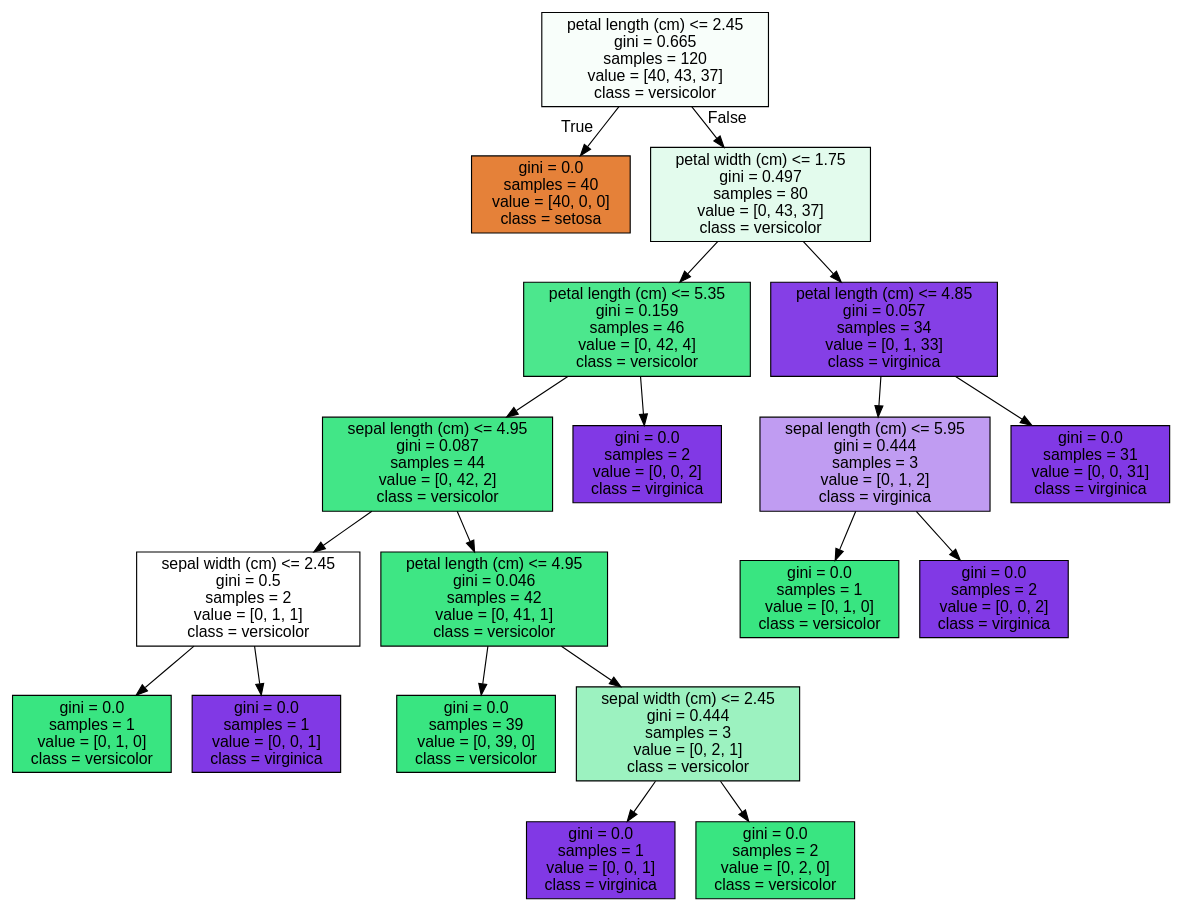
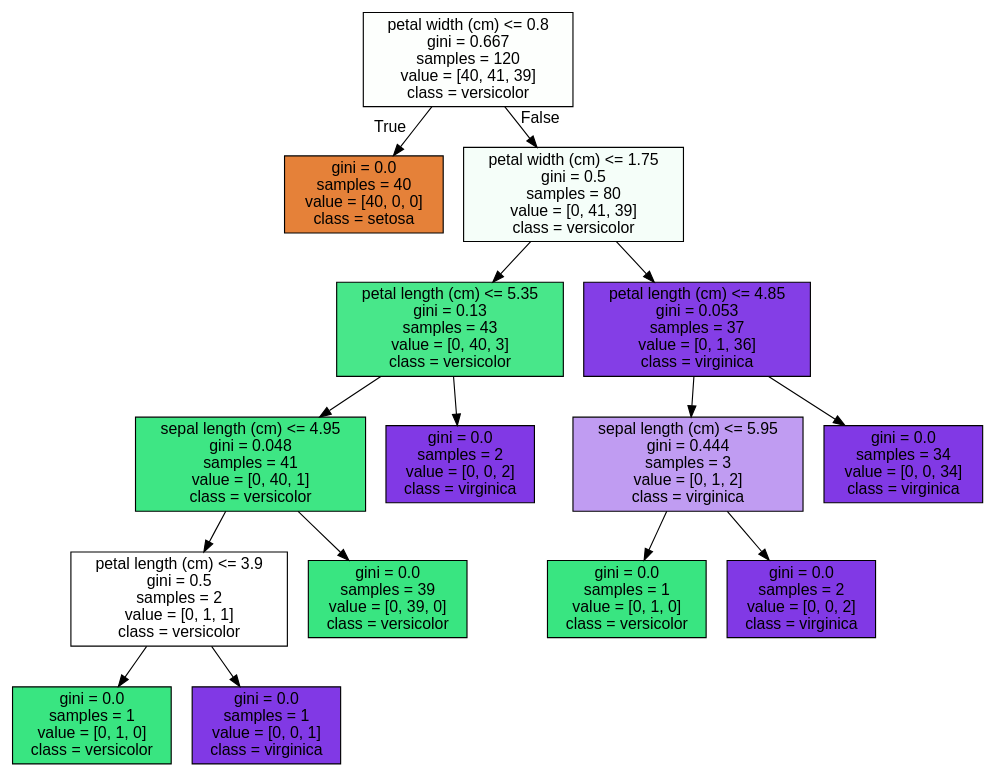
One commit to jinhoyoho/Machine_Learning changed the diagram in tree.dot. Above: the diagram before and after it, drawn with Graphviz. The commit also changed 64 other files, not shown here.

```diff
--- a/tree.dot
+++ b/tree.dot
@@ -1,41 +1,33 @@
 digraph Tree {
 node [shape=box, style="filled", color="black", fontname="helvetica"] ;
 edge [fontname="helvetica"] ;
-0 [label="petal length (cm) <= 2.45\ngini = 0.665\nsamples = 120\nvalue = [40, 43, 37]\nclass = versicolor", fillcolor="#f8fefa"] ;
+0 [label="petal width (cm) <= 0.8\ngini = 0.667\nsamples = 120\nvalue = [40, 41, 39]\nclass = versicolor", fillcolor="#fdfffd"] ;
 1 [label="gini = 0.0\nsamples = 40\nvalue = [40, 0, 0]\nclass = setosa", fillcolor="#e58139"] ;
 0 -> 1 [labeldistance=2.5, labelangle=45, headlabel="True"] ;
-2 [label="petal width (cm) <= 1.75\ngini = 0.497\nsamples = 80\nvalue = [0, 43, 37]\nclass = versicolor", fillcolor="#e3fbed"] ;
+2 [label="petal width (cm) <= 1.75\ngini = 0.5\nsamples = 80\nvalue = [0, 41, 39]\nclass = versicolor", fillcolor="#f5fef9"] ;
 0 -> 2 [labeldistance=2.5, labelangle=-45, headlabel="False"] ;
-3 [label="petal length (cm) <= 5.35\ngini = 0.159\nsamples = 46\nvalue = [0, 42, 4]\nclass = versicolor", fillcolor="#4ce78d"] ;
+3 [label="petal length (cm) <= 5.35\ngini = 0.13\nsamples = 43\nvalue = [0, 40, 3]\nclass = versicolor", fillcolor="#48e78a"] ;
 2 -> 3 ;
-4 [label="sepal length (cm) <= 4.95\ngini = 0.087\nsamples = 44\nvalue = [0, 42, 2]\nclass = versicolor", fillcolor="#42e687"] ;
+4 [label="sepal length (cm) <= 4.95\ngini = 0.048\nsamples = 41\nvalue = [0, 40, 1]\nclass = versicolor", fillcolor="#3ee684"] ;
 3 -> 4 ;
-5 [label="sepal width (cm) <= 2.45\ngini = 0.5\nsamples = 2\nvalue = [0, 1, 1]\nclass = versicolor", fillcolor="#ffffff"] ;
+5 [label="petal length (cm) <= 3.9\ngini = 0.5\nsamples = 2\nvalue = [0, 1, 1]\nclass = versicolor", fillcolor="#ffffff"] ;
 4 -> 5 ;
 6 [label="gini = 0.0\nsamples = 1\nvalue = [0, 1, 0]\nclass = versicolor", fillcolor="#39e581"] ;
 5 -> 6 ;
 7 [label="gini = 0.0\nsamples = 1\nvalue = [0, 0, 1]\nclass = virginica", fillcolor="#8139e5"] ;
 5 -> 7 ;
-8 [label="petal length (cm) <= 4.95\ngini = 0.046\nsamples = 42\nvalue = [0, 41, 1]\nclass = versicolor", fillcolor="#3ee684"] ;
+8 [label="gini = 0.0\nsamples = 39\nvalue = [0, 39, 0]\nclass = versicolor", fillcolor="#39e581"] ;
 4 -> 8 ;
-9 [label="gini = 0.0\nsamples = 39\nvalue = [0, 39, 0]\nclass = versicolor", fillcolor="#39e581"] ;
-8 -> 9 ;
-10 [label="sepal width (cm) <= 2.45\ngini = 0.444\nsamples = 3\nvalue = [0, 2, 1]\nclass = versicolor", fillcolor="#9cf2c0"] ;
-8 -> 10 ;
-11 [label="gini = 0.0\nsamples = 1\nvalue = [0, 0, 1]\nclass = virginica", fillcolor="#8139e5"] ;
+9 [label="gini = 0.0\nsamples = 2\nvalue = [0, 0, 2]\nclass = virginica", fillcolor="#8139e5"] ;
+3 -> 9 ;
+10 [label="petal length (cm) <= 4.85\ngini = 0.053\nsamples = 37\nvalue = [0, 1, 36]\nclass = virginica", fillcolor="#843ee6"] ;
+2 -> 10 ;
+11 [label="sepal length (cm) <= 5.95\ngini = 0.444\nsamples = 3\nvalue = [0, 1, 2]\nclass = virginica", fillcolor="#c09cf2"] ;
 10 -> 11 ;
-12 [label="gini = 0.0\nsamples = 2\nvalue = [0, 2, 0]\nclass = versicolor", fillcolor="#39e581"] ;
-10 -> 12 ;
+12 [label="gini = 0.0\nsamples = 1\nvalue = [0, 1, 0]\nclass = versicolor", fillcolor="#39e581"] ;
+11 -> 12 ;
 13 [label="gini = 0.0\nsamples = 2\nvalue = [0, 0, 2]\nclass = virginica", fillcolor="#8139e5"] ;
-3 -> 13 ;
-14 [label="petal length (cm) <= 4.85\ngini = 0.057\nsamples = 34\nvalue = [0, 1, 33]\nclass = virginica", fillcolor="#853fe6"] ;
-2 -> 14 ;
-15 [label="sepal length (cm) <= 5.95\ngini = 0.444\nsamples = 3\nvalue = [0, 1, 2]\nclass = virginica", fillcolor="#c09cf2"] ;
-14 -> 15 ;
-16 [label="gini = 0.0\nsamples = 1\nvalue = [0, 1, 0]\nclass = versicolor", fillcolor="#39e581"] ;
-15 -> 16 ;
-17 [label="gini = 0.0\nsamples = 2\nvalue = [0, 0, 2]\nclass = virginica", fillcolor="#8139e5"] ;
-15 -> 17 ;
-18 [label="gini = 0.0\nsamples = 31\nvalue = [0, 0, 31]\nclass = virginica", fillcolor="#8139e5"] ;
-14 -> 18 ;
+11 -> 13 ;
+14 [label="gini = 0.0\nsamples = 34\nvalue = [0, 0, 34]\nclass = virginica", fillcolor="#8139e5"] ;
+10 -> 14 ;
 }
```
